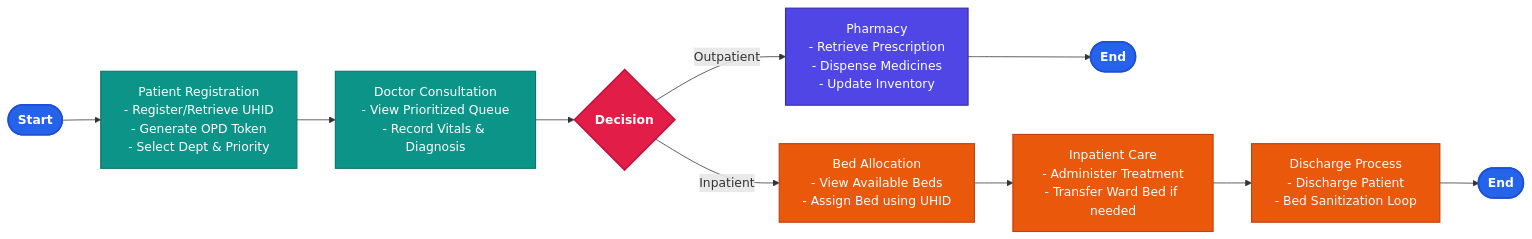
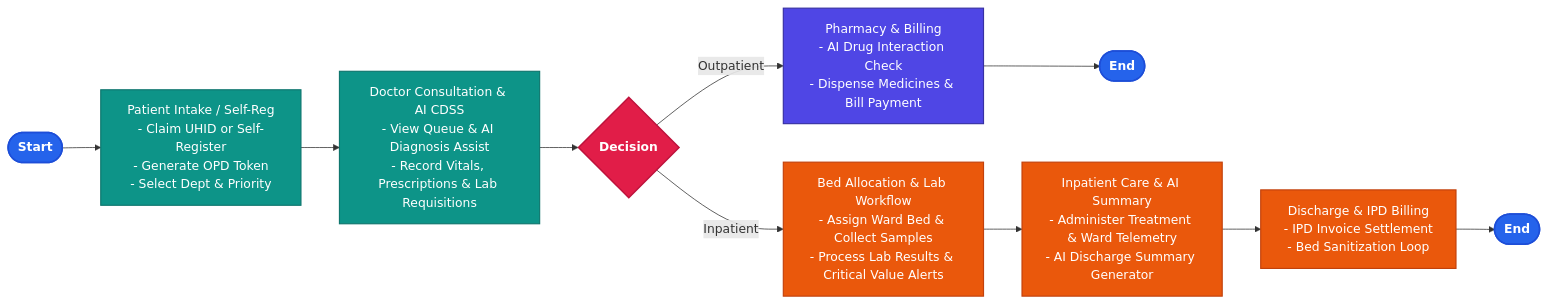
One commit to AkshayaSwati-26/iSHMRS changed the diagram in README.md. Above: the diagram before and after it, drawn with Mermaid. The commit also changed other lines of this file, not shown here.

Commit message:
docs: add Vercel live URL https://i-shrms.vercel.app/ and new modules to README

````diff
--- a/README.md
+++ b/README.md
@@ -44,21 +81,20 @@
 ```mermaid
 graph LR
-    %% Custom filled styles matching iSHRMS dashboard colors
     classDef startEnd fill:#2563eb,stroke:#1d4ed8,stroke-width:2px,color:#ffffff,font-weight:bold;
     classDef step fill:#0d9488,stroke:#0f766e,stroke-width:1.5px,color:#ffffff;
     classDef decision fill:#e11d48,stroke:#be123c,stroke-width:2px,color:#ffffff,font-weight:bold;
     classDef inpatient fill:#ea580c,stroke:#c2410c,stroke-width:1.5px,color:#ffffff;
     classDef outpatient fill:#4f46e5,stroke:#3730a3,stroke-width:1.5px,color:#ffffff;
 
-    Start([Start]):::startEnd --> Reg[Patient Registration<br/>- Register/Retrieve UHID<br/>- Generate OPD Token<br/>- Select Dept & Priority]:::step
-    Reg --> Consult[Doctor Consultation<br/>- View Prioritized Queue<br/>- Record Vitals & Diagnosis]:::step
+    Start([Start]):::startEnd --> Reg[Patient Intake / Self-Reg<br/>- Claim UHID or Self-Register<br/>- Generate OPD Token<br/>- Select Dept & Priority]:::step
+    Reg --> Consult[Doctor Consultation & AI CDSS<br/>- View Queue & AI Diagnosis Assist<br/>- Record Vitals, Prescriptions & Lab Requisitions]:::step
     Consult --> Dec{Decision}:::decision
 
-    Dec -->|Outpatient| Pharm[Pharmacy<br/>- Retrieve Prescription<br/>- Dispense Medicines<br/>- Update Inventory]:::outpatient
+    Dec -->|Outpatient| Pharm[Pharmacy & Billing<br/>- AI Drug Interaction Check<br/>- Dispense Medicines & Bill Payment]:::outpatient
     Pharm --> EndOut([End]):::startEnd
 
-    Dec -->|Inpatient| BedAlloc[Bed Allocation<br/>- View Available Beds<br/>- Assign Bed using UHID]:::inpatient
-    BedAlloc --> Care[Inpatient Care<br/>- Administer Treatment<br/>- Transfer Ward Bed if needed]:::inpatient
-    Care --> Discharge[Discharge Process<br/>- Discharge Patient<br/>- Bed Sanitization Loop]:::inpatient
+    Dec -->|Inpatient| BedAlloc[Bed Allocation & Lab Workflow<br/>- Assign Ward Bed & Collect Samples<br/>- Process Lab Results & Critical Value Alerts]:::inpatient
+    BedAlloc --> Care[Inpatient Care & AI Summary<br/>- Administer Treatment & Ward Telemetry<br/>- AI Discharge Summary Generator]:::inpatient
+    Care --> Discharge[Discharge & IPD Billing<br/>- IPD Invoice Settlement<br/>- Bed Sanitization Loop]:::inpatient
     Discharge --> EndIn([End]):::startEnd
 ```
````
